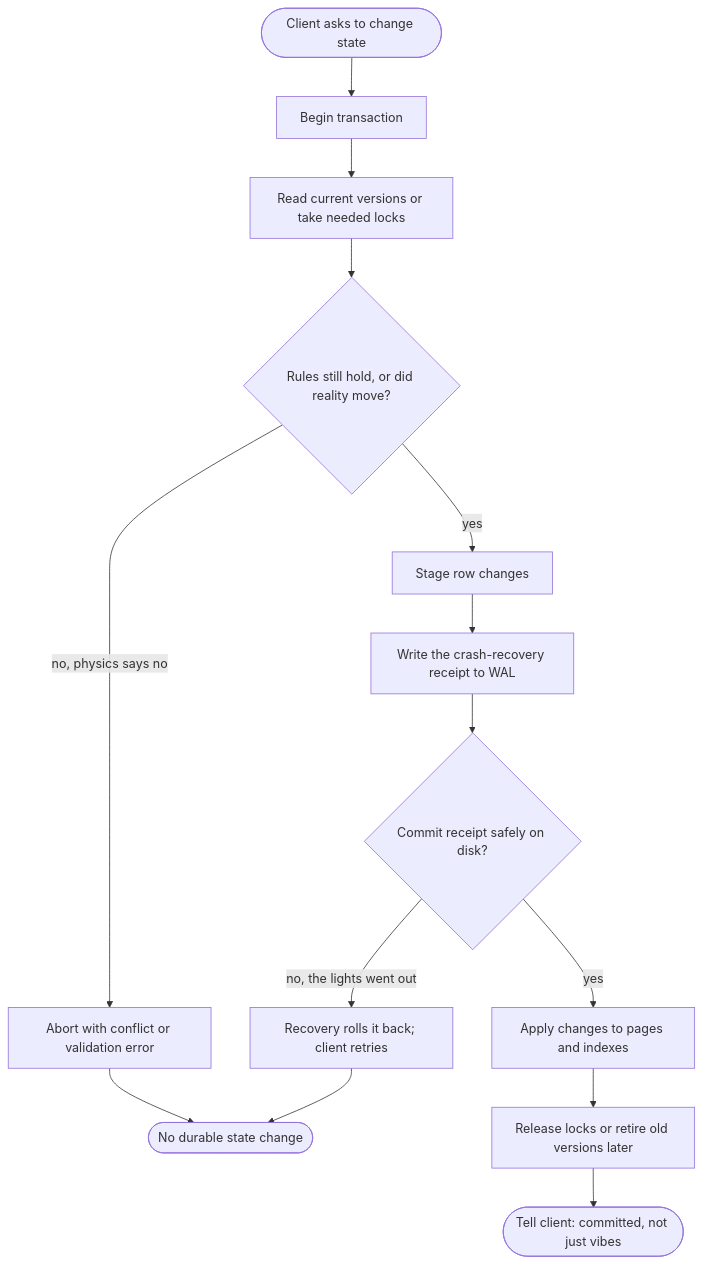
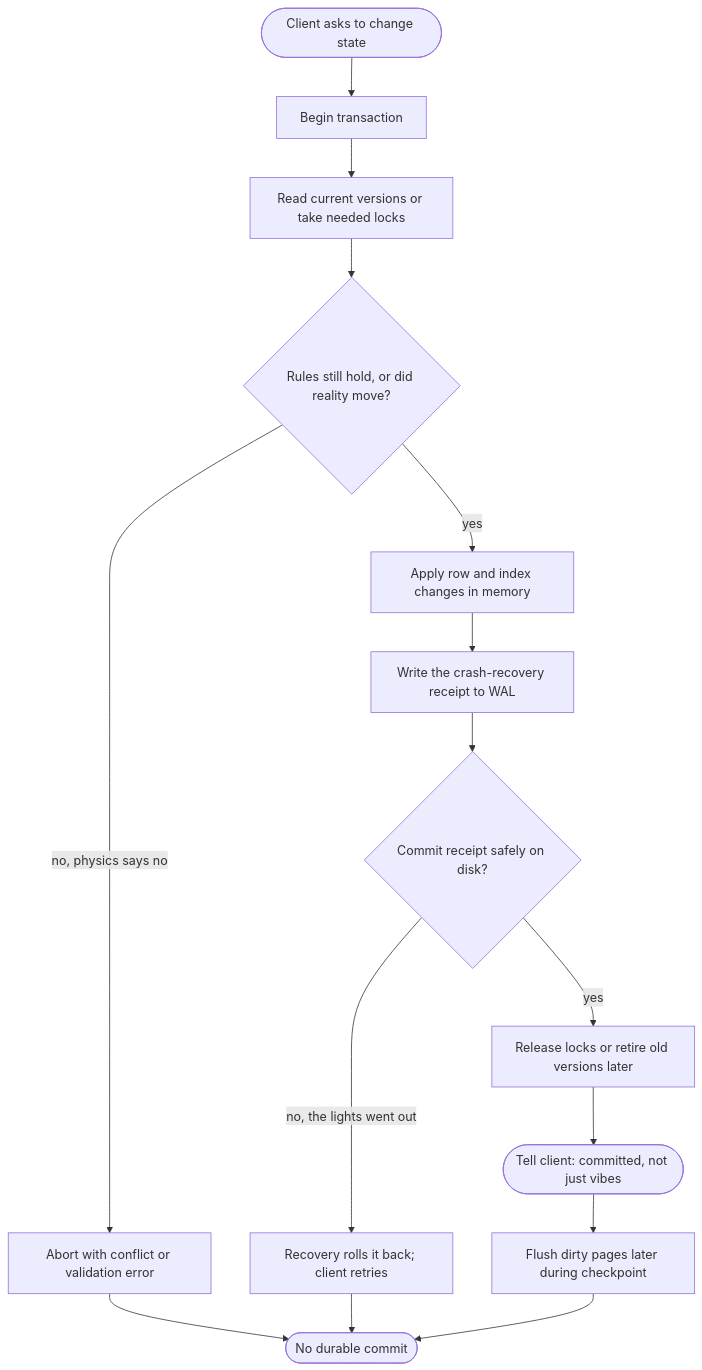
The fifth of 5 diagrams in src/ch04-storage-transactions.md (P0W/System-Design), drawn with Mermaid before and after one commit. The commit also changed 3 other files, not shown here.

````diff
--- a/src/ch04-storage-transactions.md
+++ b/src/ch04-storage-transactions.md
@@ -90,16 +90,17 @@
 ```mermaid
 flowchart TD
   Start([Client asks to change state]) --> Begin[Begin transaction]
   Begin --> Read[Read current versions or take needed locks]
   Read --> Check{Rules still hold, or did reality move?}
   Check -->|no, physics says no| Abort[Abort with conflict or validation error]
-  Check -->|yes| Stage[Stage row changes]
+  Check -->|yes| Stage[Apply row and index changes in memory]
   Stage --> WAL[Write the crash-recovery receipt to WAL]
   WAL --> Flush{Commit receipt safely on disk?}
   Flush -->|no, the lights went out| Rollback[Recovery rolls it back; client retries]
-  Flush -->|yes| Apply[Apply changes to pages and indexes]
-  Apply --> Release[Release locks or retire old versions later]
+  Flush -->|yes| Release[Release locks or retire old versions later]
   Release --> Ack([Tell client: committed, not just vibes])
-  Abort --> End([No durable state change])
+  Ack --> Later[Flush dirty pages later during checkpoint]
+  Abort --> End([No durable commit])
   Rollback --> End
+  Later --> End
 ```
````
